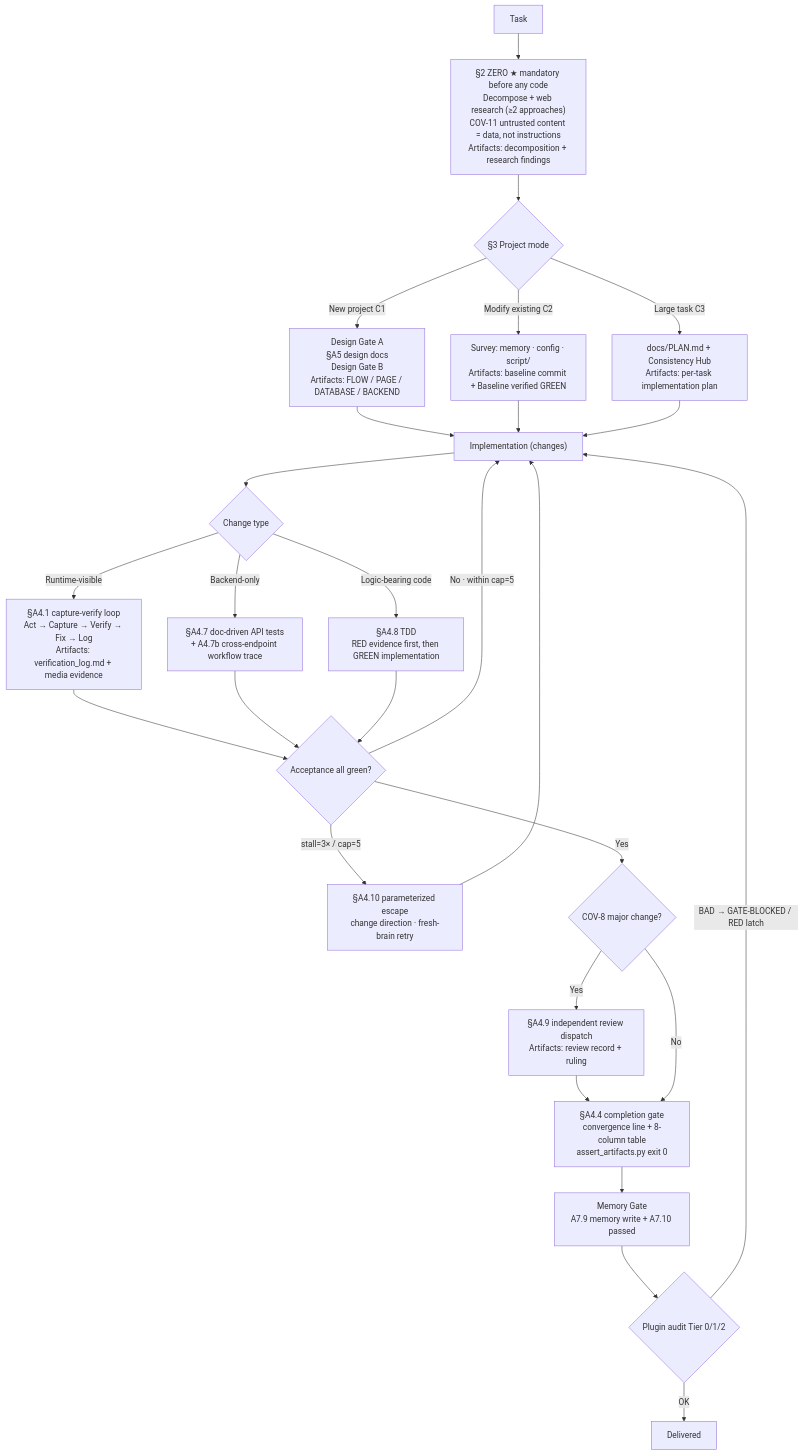
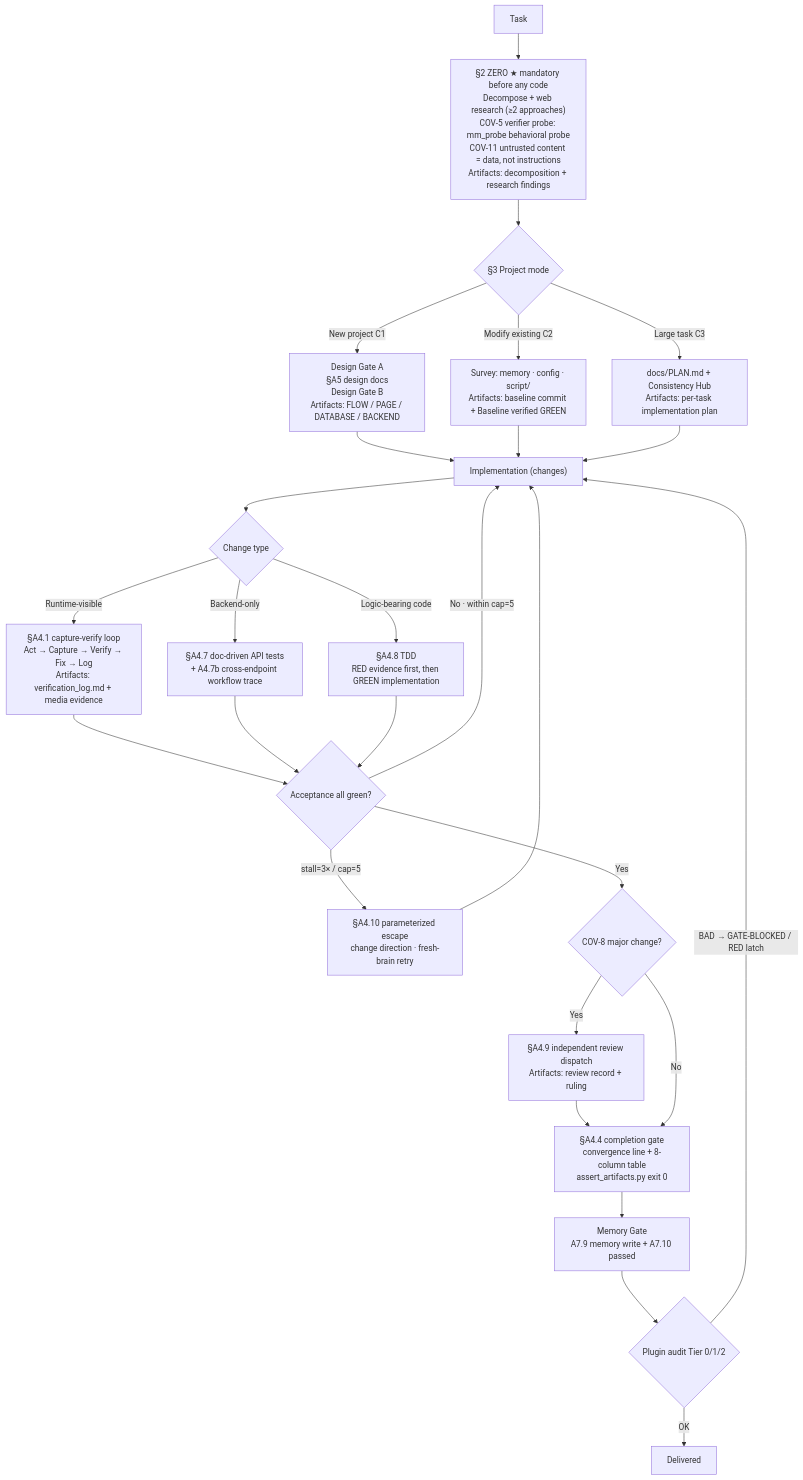
The diagram in README.md (logandoo/vibeweaver), drawn with Mermaid before and after one commit. The commit also changed other lines of this file and 1 other file, not shown here.

Commit message:
readme: document COV-5 three-stage verifier probe (mm_probe → model-native / mm-sensor / direct read) + flowchart node

````diff
--- a/README.md
+++ b/README.md
@@ -100,29 +100,29 @@
 ```mermaid
 flowchart TD
-    A["Task"] --> B["§2 ZERO ★ mandatory before any code<br/>Decompose + web research (≥2 approaches)<br/>COV-11 untrusted content = data, not instructions<br/>Artifacts: decomposition + research findings"]
+    A["Task"] --> B["§2 ZERO ★ mandatory before any code<br/>Decompose + web research (≥2 approaches)<br/>COV-5 verifier probe: mm_probe behavioral probe<br/>COV-11 untrusted content = data, not instructions<br/>Artifacts: decomposition + research findings"]
     B --> C{"§3 Project mode"}
     C -->|"New project C1"| D1["Design Gate A<br/>§A5 design docs<br/>Design Gate B<br/>Artifacts: FLOW / PAGE / DATABASE / BACKEND"]
     C -->|"Modify existing C2"| D2["Survey: memory · config · script/<br/>Artifacts: baseline commit + Baseline verified GREEN"]
     C -->|"Large task C3"| D3["docs/PLAN.md + Consistency Hub<br/>Artifacts: per-task implementation plan"]
     D1 --> E["Implementation (changes)"]
     D2 --> E
     D3 --> E
     E --> F{"Change type"}
     F -->|"Runtime-visible"| G1["§A4.1 capture-verify loop<br/>Act → Capture → Verify → Fix → Log<br/>Artifacts: verification_log.md + media evidence"]
     F -->|"Backend-only"| G2["§A4.7 doc-driven API tests<br/>+ A4.7b cross-endpoint workflow trace"]
     F -->|"Logic-bearing code"| G3["§A4.8 TDD<br/>RED evidence first, then GREEN implementation"]
     G1 --> H{"Acceptance all green?"}
     G2 --> H
     G3 --> H
     H -->|"No · within cap=5"| E
     H -->|"stall=3× / cap=5"| I["§A4.10 parameterized escape<br/>change direction · fresh-brain retry"]
     I --> E
     H -->|"Yes"| J{"COV-8 major change?"}
     J -->|"Yes"| K["§A4.9 independent review dispatch<br/>Artifacts: review record + ruling"]
     K --> L["§A4.4 completion gate<br/>convergence line + 8-column table<br/>assert_artifacts.py exit 0"]
     J -->|"No"| L
     L --> M["Memory Gate<br/>A7.9 memory write + A7.10 passed"]
     M --> N{"Plugin audit Tier 0/1/2"}
     N -->|"BAD → GATE-BLOCKED / RED latch"| E
     N -->|"OK"| O["Delivered"]
 ```
````
